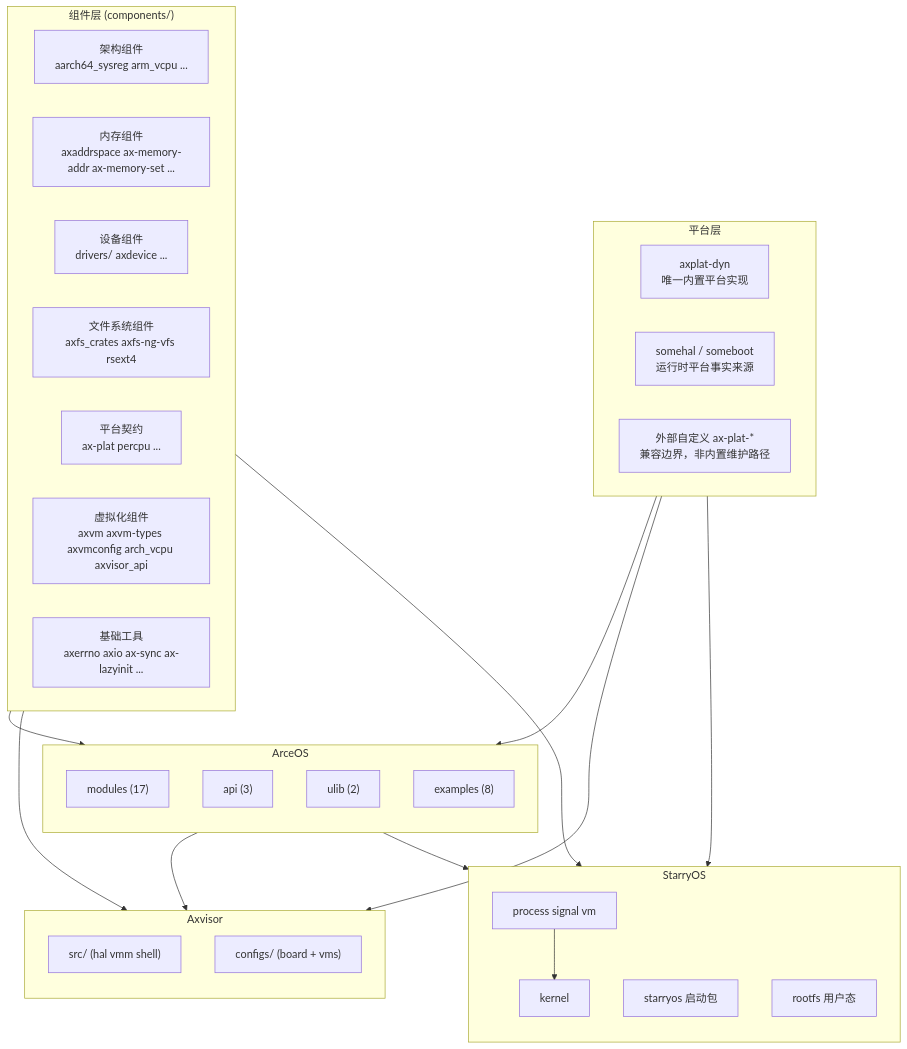
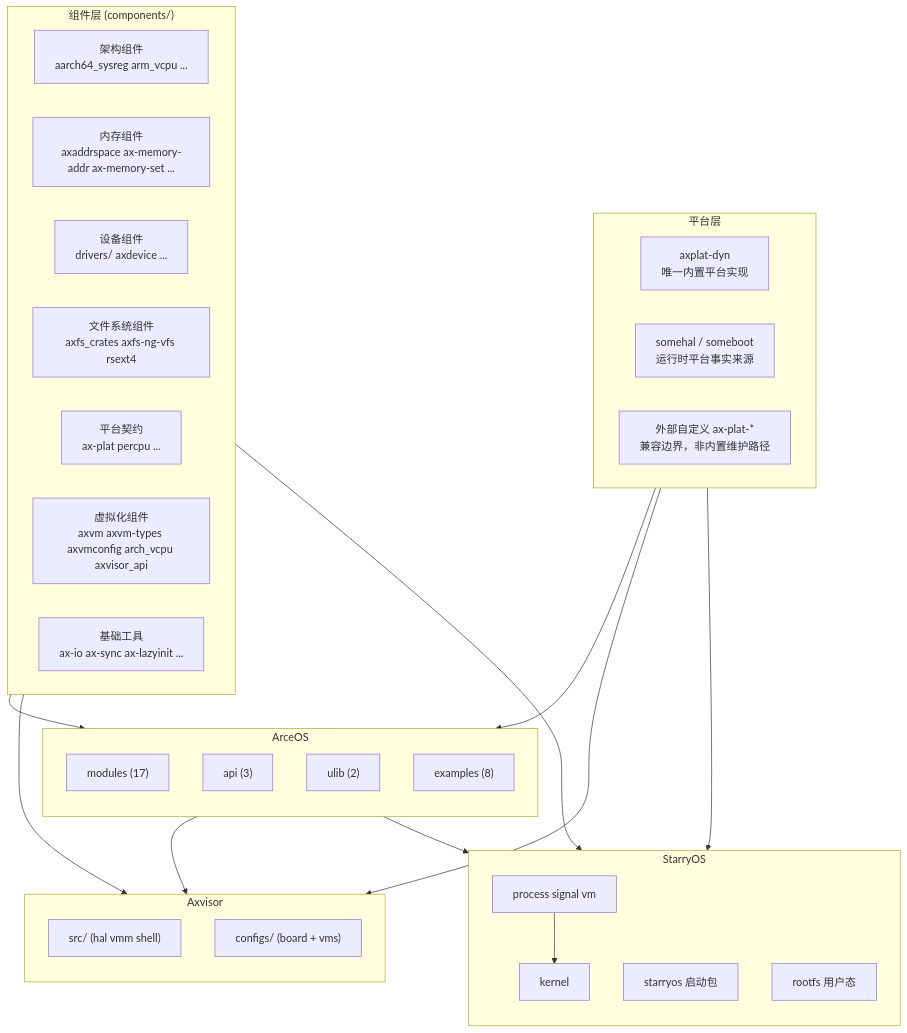
The first of 2 diagrams in docs/docs/architecture/overview.md (451846939/tgoskits), drawn with Mermaid before and after one commit. The commit also changed 365 other files, not shown here.

````diff
--- a/docs/docs/architecture/overview.md
+++ b/docs/docs/architecture/overview.md
@@ -10,52 +10,52 @@
 ```mermaid
 flowchart TD
     subgraph Components["组件层 (components/)"]
         direction LR
         C1["架构组件<br/>aarch64_sysreg arm_vcpu ..."]
         C2["内存组件<br/>axaddrspace ax-memory-addr ax-memory-set ..."]
         C3["设备组件<br/>drivers/ axdevice ..."]
         C4["文件系统组件<br/>axfs_crates axfs-ng-vfs rsext4"]
         C5["平台契约<br/>ax-plat percpu ..."]
         C6["虚拟化组件<br/>axvm axvm-types axvmconfig arch_vcpu axvisor_api"]
-        C7["基础工具<br/>axerrno axio ax-sync ax-lazyinit ..."]
+        C7["基础工具<br/>ax-io ax-sync ax-lazyinit ..."]
     end
 
     subgraph ArceOS["ArceOS"]
         direction TB
         AM["modules (17)"]
         AA["api (3)"]
         AU["ulib (2)"]
         AX["examples (8)"]
     end
 
     subgraph StarryOS["StarryOS"]
         direction TB
         SC["process signal vm"]
         SK["kernel"]
         SP["starryos 启动包"]
         SR["rootfs 用户态"]
     end
 
     subgraph Axvisor["Axvisor"]
         direction TB
         AV["src/ (hal vmm shell)"]
         AC["configs/ (board + vms)"]
     end
 
     subgraph Platform["平台层"]
         direction LR
         P1["axplat-dyn<br/>唯一内置平台实现"]
         P2["somehal / someboot<br/>运行时平台事实来源"]
         P3["外部自定义 ax-plat-*<br/>兼容边界，非内置维护路径"]
     end
 
     Components --> ArceOS
     Components --> SC
     SC --> SK
     Components --> Axvisor
     ArceOS --> StarryOS
     ArceOS --> Axvisor
     Platform --> ArceOS
     Platform --> StarryOS
     Platform --> Axvisor
 ```
````
